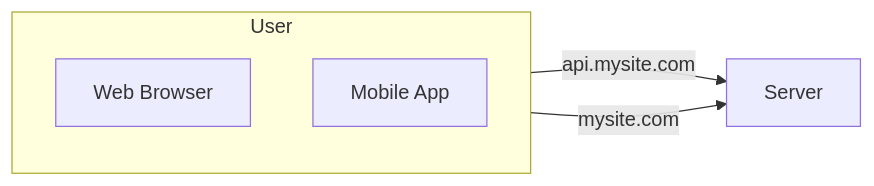
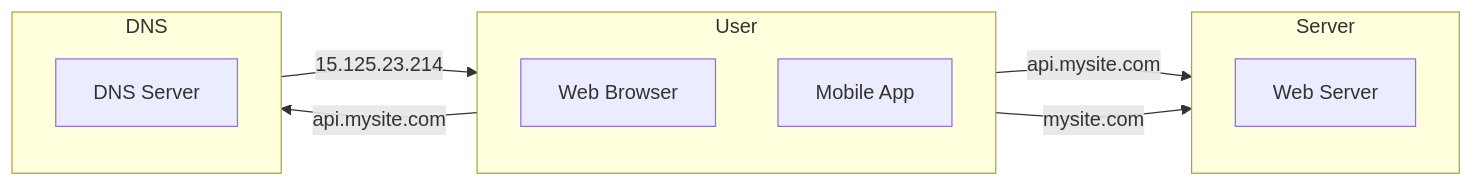
Before and after one commit to rain1024/system-design: the diagram in single-server/README.md, drawn with Mermaid.

````diff
--- a/single-server/README.md
+++ b/single-server/README.md
@@ -3,10 +3,21 @@
 ```mermaid
 graph LR
     subgraph User
         WB[Web Browser]
         MA[Mobile App]
     end
 
     User -->|api.mysite.com| Server
     User -->|mysite.com| Server
+
+    subgraph Server
+        WS[Web Server]
+    end
+
+    User -->|api.mysite.com| DNS
+    DNS --> |15.125.23.214| User
+
+    subgraph DNS
+        D[DNS Server]
+    end
 ```
````
